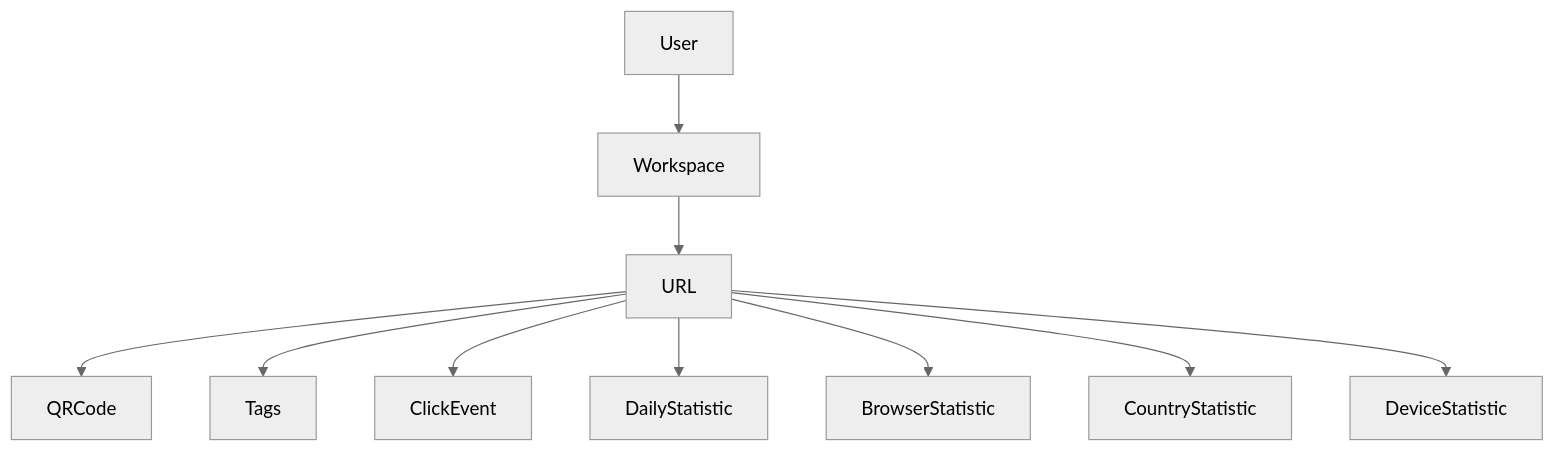
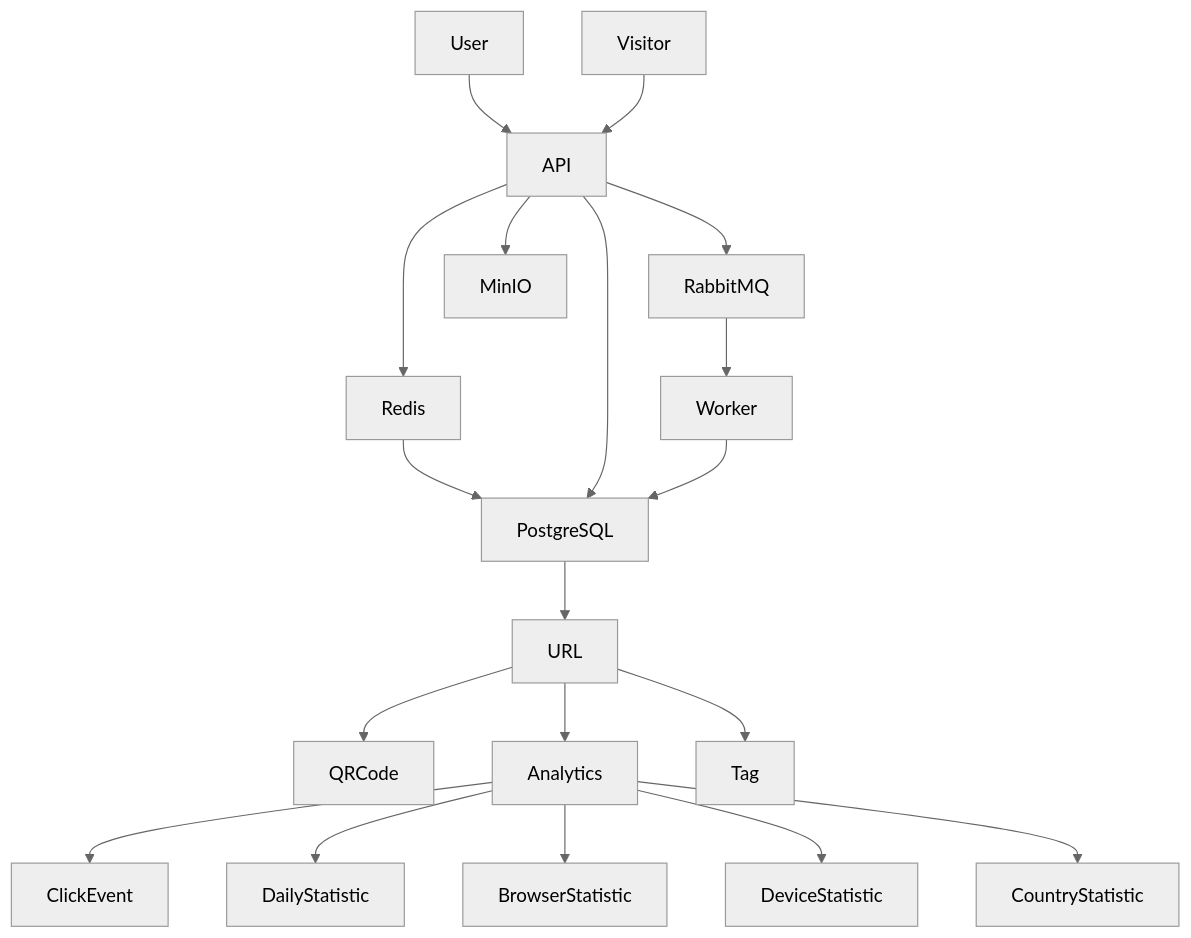
The first of 2 diagrams in docs/architecture/url/URL-Architecture.md (datnguyxn/LinkFlow), drawn with Mermaid (neutral theme) before and after one commit. The commit also changed other lines of this file and 53 other files, not shown here.

````diff
--- a/docs/architecture/url/URL-Architecture.md
+++ b/docs/architecture/url/URL-Architecture.md
@@ -29,23 +30,41 @@
 ```mermaid
 flowchart TD
 
 User
 
-User --> Workspace
+User --> API
 
-Workspace --> URL
+Visitor --> API
+
+API --> Redis
+
+Redis --> PostgreSQL
+
+API --> PostgreSQL
+
+API --> RabbitMQ
+
+RabbitMQ --> Worker
+
+Worker --> PostgreSQL
+
+API --> MinIO
+
+PostgreSQL --> URL
 
 URL --> QRCode
 
-URL --> Tags
+URL --> Analytics
 
-URL --> ClickEvent
+Analytics --> ClickEvent
 
-URL --> DailyStatistic
+Analytics --> DailyStatistic
 
-URL --> BrowserStatistic
+Analytics --> BrowserStatistic
 
-URL --> CountryStatistic
+Analytics --> DeviceStatistic
 
-URL --> DeviceStatistic
+Analytics --> CountryStatistic
+
+URL --> Tag
 ```
````
